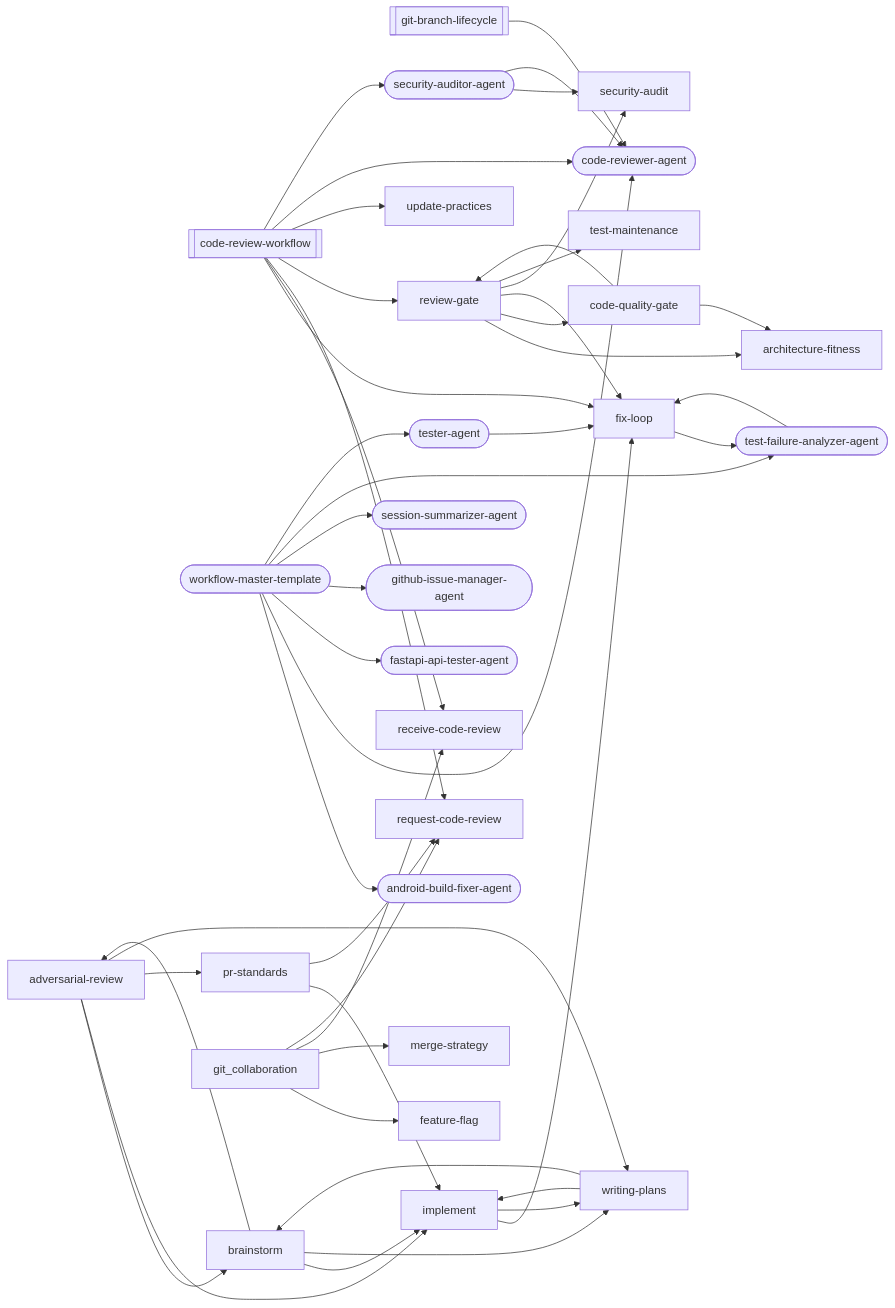
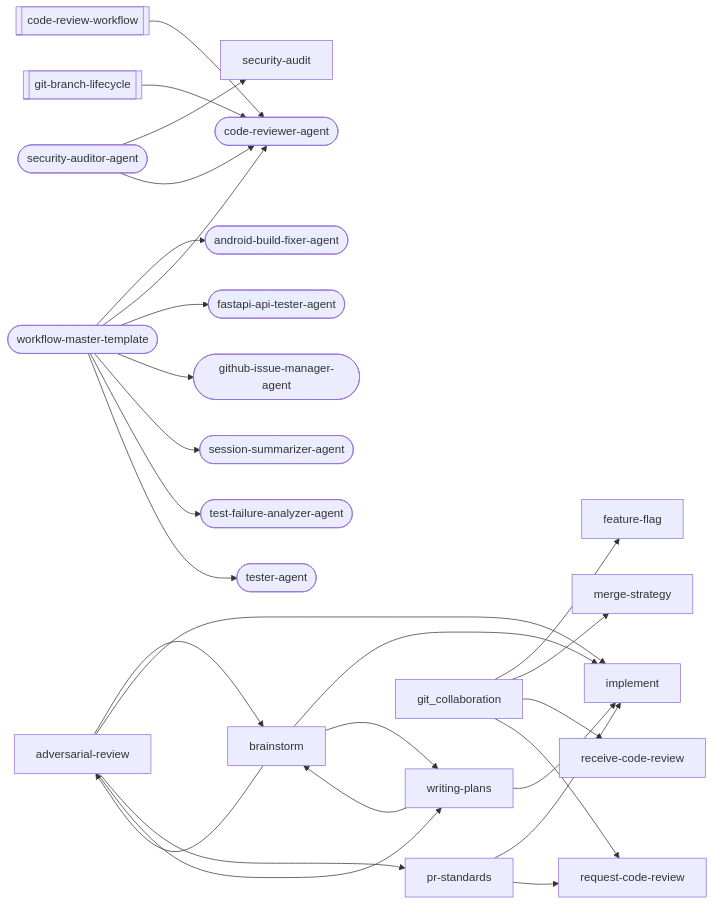
The fourth of 13 diagrams in docs/workflows/code-review.md (abhayla/claude-best-practices), drawn with Mermaid before and after one commit. The commit also changed other lines of this file and 64 other files, not shown here.

````diff
--- a/docs/workflows/code-review.md
+++ b/docs/workflows/code-review.md
@@ -552,74 +440,50 @@
 ```mermaid
 graph LR
     code_review_workflow[["code-review-workflow"]]
     git_branch_lifecycle[["git-branch-lifecycle"]]
+    security_auditor_agent(["security-auditor-agent"])
     workflow_master_template(["workflow-master-template"])
     adversarial_review["adversarial-review"]
     android_build_fixer_agent(["android-build-fixer-agent"])
-    architecture_fitness["architecture-fitness"]
     brainstorm["brainstorm"]
-    code_quality_gate["code-quality-gate"]
     code_reviewer_agent(["code-reviewer-agent"])
     fastapi_api_tester_agent(["fastapi-api-tester-agent"])
     feature_flag["feature-flag"]
-    fix_loop["fix-loop"]
     github_issue_manager_agent(["github-issue-manager-agent"])
     implement["implement"]
     merge_strategy["merge-strategy"]
     pr_standards["pr-standards"]
     receive_code_review["receive-code-review"]
     request_code_review["request-code-review"]
-    review_gate["review-gate"]
     security_audit["security-audit"]
-    security_auditor_agent(["security-auditor-agent"])
     session_summarizer_agent(["session-summarizer-agent"])
     test_failure_analyzer_agent(["test-failure-analyzer-agent"])
-    test_maintenance["test-maintenance"]
     tester_agent(["tester-agent"])
-    update_practices["update-practices"]
     writing_plans["writing-plans"]
     adversarial_review --> brainstorm
     adversarial_review --> implement
     adversarial_review --> pr_standards
     adversarial_review --> writing_plans
     brainstorm --> adversarial_review
     brainstorm --> implement
     brainstorm --> writing_plans
-    code_quality_gate --> architecture_fitness
-    code_quality_gate --> review_gate
-    code_review_workflow --> fix_loop
-    code_review_workflow --> receive_code_review
-    code_review_workflow --> request_code_review
-    code_review_workflow --> review_gate
-    code_review_workflow --> update_practices
     code_review_workflow --> code_reviewer_agent
-    code_review_workflow --> security_auditor_agent
-    fix_loop --> test_failure_analyzer_agent
     git_branch_lifecycle --> code_reviewer_agent
-    implement --> fix_loop
-    implement --> writing_plans
     pr_standards --> implement
     pr_standards --> request_code_review
-    review_gate --> architecture_fitness
-    review_gate --> code_quality_gate
-    review_gate --> fix_loop
-    review_gate --> security_audit
-    review_gate --> test_maintenance
     writing_plans --> brainstorm
     writing_plans --> implement
     security_auditor_agent --> security_audit
     security_auditor_agent --> code_reviewer_agent
-    test_failure_analyzer_agent --> fix_loop
-    tester_agent --> fix_loop
     workflow_master_template --> android_build_fixer_agent
     workflow_master_template --> code_reviewer_agent
     workflow_master_template --> fastapi_api_tester_agent
     workflow_master_template --> github_issue_manager_agent
     workflow_master_template --> session_summarizer_agent
     workflow_master_template --> test_failure_analyzer_agent
     workflow_master_template --> tester_agent
     git_collaboration --> feature_flag
     git_collaboration --> merge_strategy
     git_collaboration --> receive_code_review
     git_collaboration --> request_code_review
 ```
````
